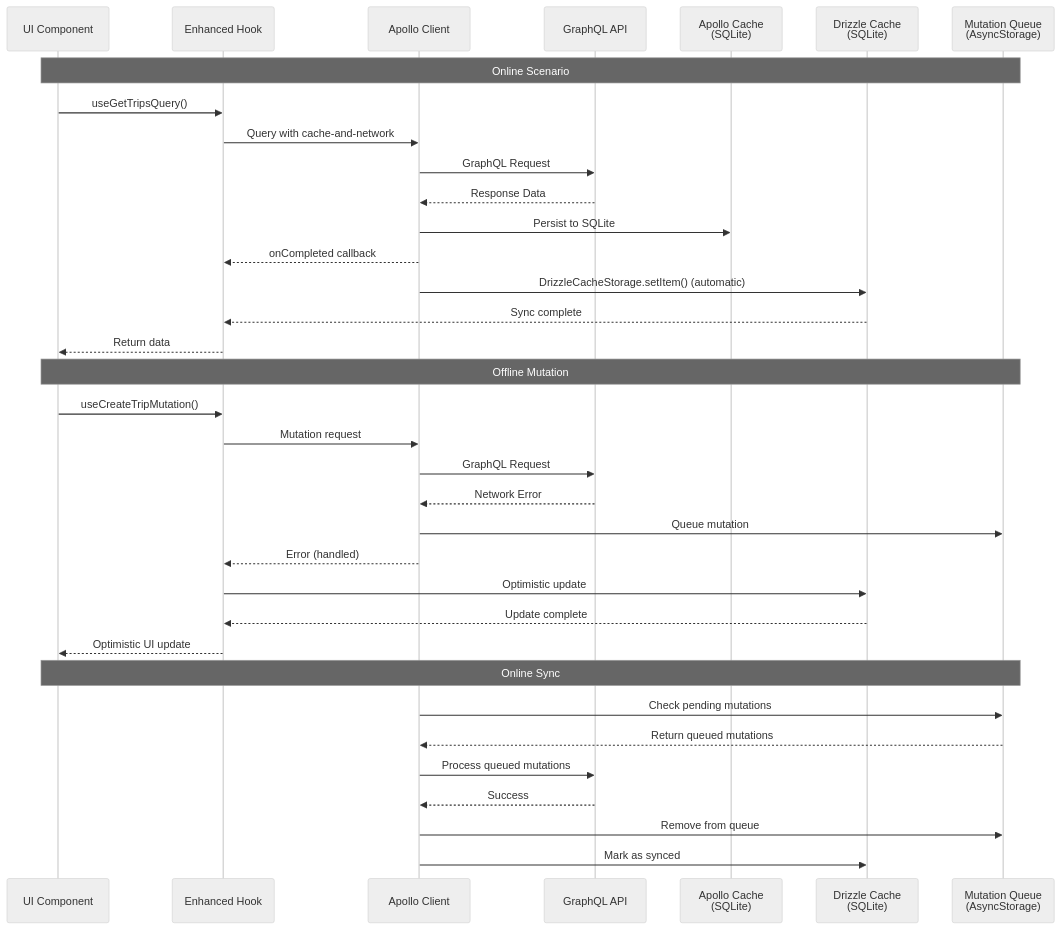
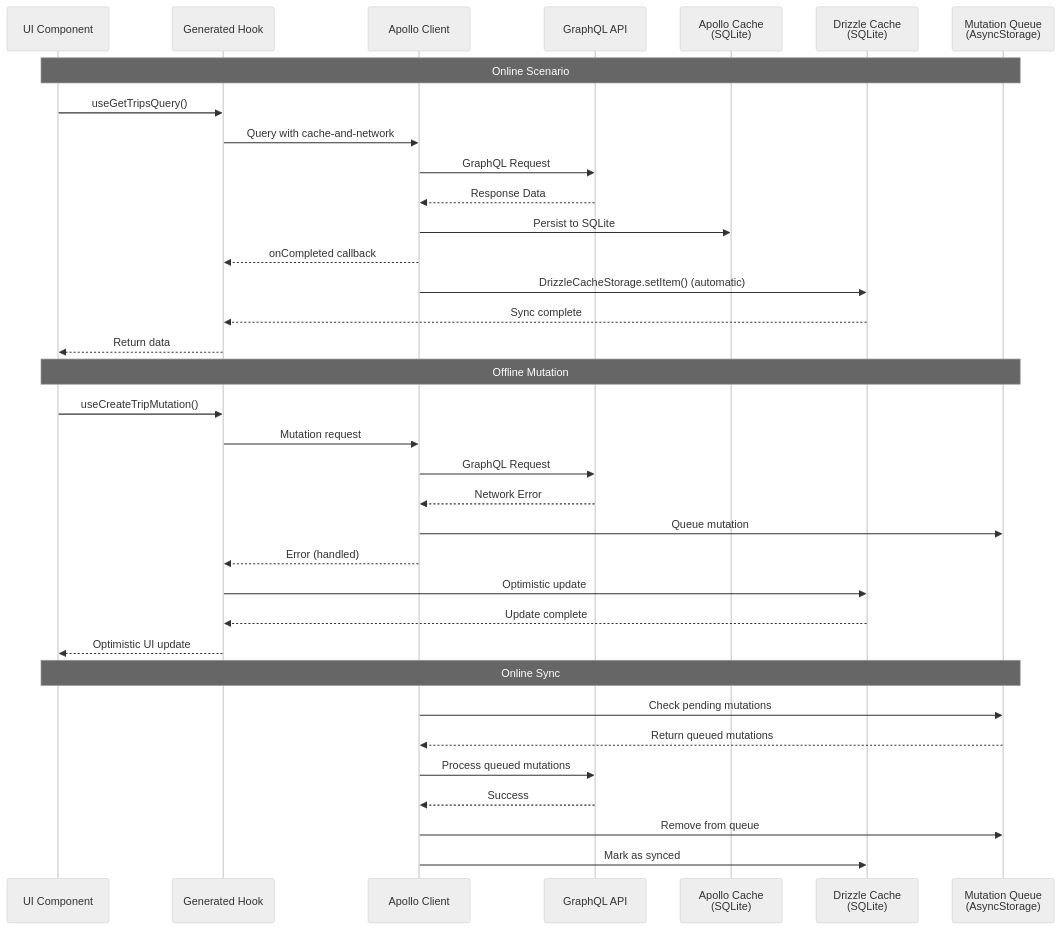
The fourth of 11 diagrams in README.md (mehotkhan/safarnak.app), drawn with Mermaid (neutral theme) before and after one commit. The commit also changed other lines of this file, not shown here.

Commit message:
docs(readme): fix outdated references (Enhanced→Generated hooks, apollo cache table); refresh diagrams

````diff
--- a/README.md
+++ b/README.md
@@ -196,40 +196,40 @@
 ```mermaid
 sequenceDiagram
   participant UI as UI Component
-  participant EH as Enhanced Hook
+  participant AH as Generated Hook
   participant AC as Apollo Client
   participant API as GraphQL API
   participant ACache as Apollo Cache<br/>(SQLite)
   participant DCache as Drizzle Cache<br/>(SQLite)
   participant Queue as Mutation Queue<br/>(AsyncStorage)
 
   Note over UI,Queue: Online Scenario
-  UI->>EH: useGetTripsQuery()
-  EH->>AC: Query with cache-and-network
+  UI->>AH: useGetTripsQuery()
+  AH->>AC: Query with cache-and-network
   AC->>API: GraphQL Request
   API-->>AC: Response Data
   AC->>ACache: Persist to SQLite
-  AC-->>EH: onCompleted callback
+  AC-->>AH: onCompleted callback
     AC->>DCache: DrizzleCacheStorage.setItem() (automatic)
-  DCache-->>EH: Sync complete
-  EH-->>UI: Return data
+  DCache-->>AH: Sync complete
+  AH-->>UI: Return data
 
   Note over UI,Queue: Offline Mutation
-  UI->>EH: useCreateTripMutation()
-  EH->>AC: Mutation request
+  UI->>AH: useCreateTripMutation()
+  AH->>AC: Mutation request
   AC->>API: GraphQL Request
   API-->>AC: Network Error
   AC->>Queue: Queue mutation
-  AC-->>EH: Error (handled)
-  EH->>DCache: Optimistic update
-  DCache-->>EH: Update complete
-  EH-->>UI: Optimistic UI update
+  AC-->>AH: Error (handled)
+  AH->>DCache: Optimistic update
+  DCache-->>AH: Update complete
+  AH-->>UI: Optimistic UI update
 
   Note over UI,Queue: Online Sync
   AC->>Queue: Check pending mutations
   Queue-->>AC: Return queued mutations
   AC->>API: Process queued mutations
   API-->>AC: Success
   AC->>Queue: Remove from queue
   AC->>DCache: Mark as synced
 ```
````
